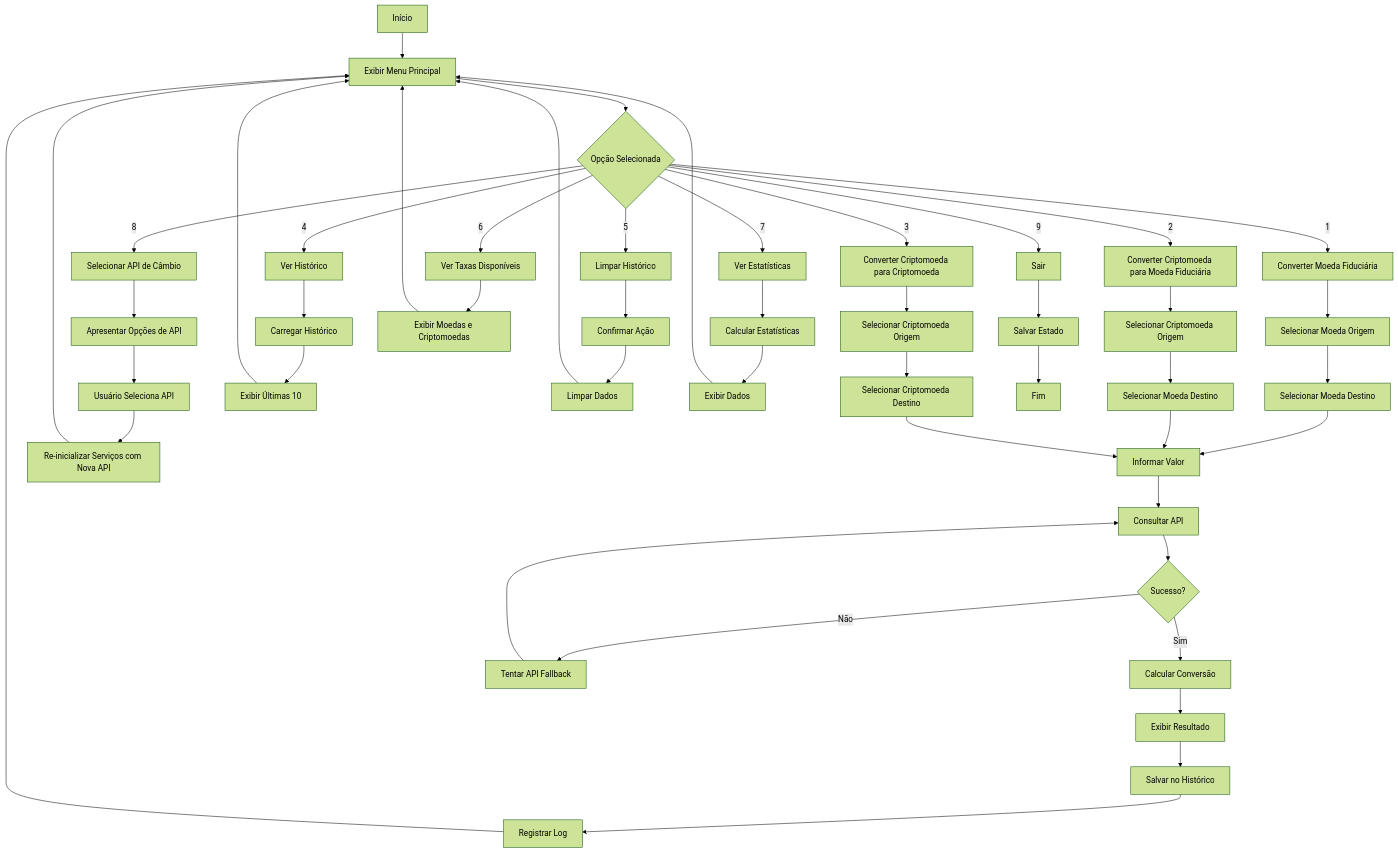
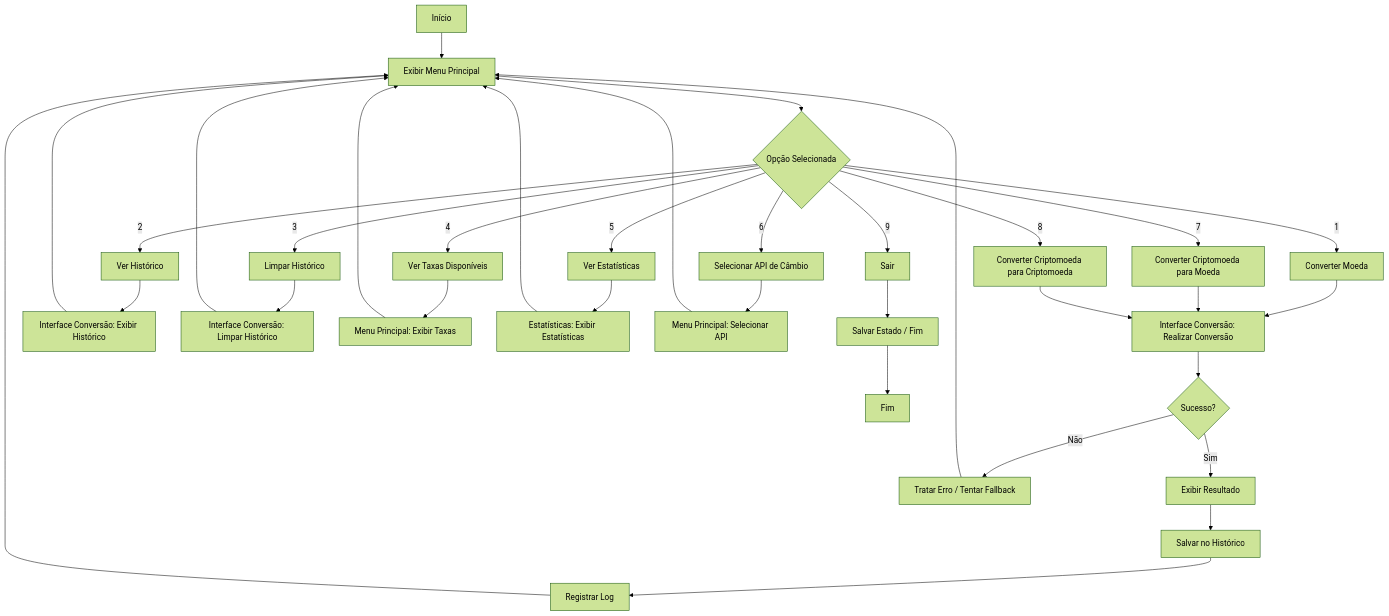
Before and after one commit to DessimA/Conversor-de-Moedas: the first of 3 diagrams in README.md, drawn with Mermaid (forest theme). The commit also changed other lines of this file and 21 other files, not shown here.

````diff
--- a/README.md
+++ b/README.md
@@ -44,58 +41,43 @@
 ```mermaid
 flowchart TD
     A[Início] --> B[Exibir Menu Principal]
     B --> C{Opção Selecionada}
-    C -->|1| D[Converter Moeda Fiduciária]
-    C -->|2| E[Converter Criptomoeda para Moeda Fiduciária]
-    C -->|3| F[Converter Criptomoeda para Criptomoeda]
-    C -->|4| G[Ver Histórico]
-    C -->|5| H[Limpar Histórico]
-    C -->|6| I[Ver Taxas Disponíveis]
-    C -->|7| J[Ver Estatísticas]
-    C -->|8| K[Selecionar API de Câmbio]
+    C -->|1| D[Converter Moeda]
+    C -->|2| E[Ver Histórico]
+    C -->|3| F[Limpar Histórico]
+    C -->|4| G[Ver Taxas Disponíveis]
+    C -->|5| H[Ver Estatísticas]
+    C -->|6| I[Selecionar API de Câmbio]
+    C -->|7| J[Converter Criptomoeda para Moeda]
+    C -->|8| K[Converter Criptomoeda para Criptomoeda]
     C -->|9| L[Sair]
-
-    D --> M[Selecionar Moeda Origem]
-    M --> N[Selecionar Moeda Destino]
-    N --> O[Informar Valor]
-    O --> P[Consultar API]
-    P --> Q{Sucesso?}
-    Q -->|Sim| R[Calcular Conversão]
-    Q -->|Não| S[Tentar API Fallback]
-    S --> P
-    R --> T[Exibir Resultado]
-    T --> U[Salvar no Histórico]
-    U --> V[Registrar Log]
+    
+    D --> M[Interface Conversão: Realizar Conversão]
+    J --> M
+    K --> M
+    M --> N{Sucesso?}
+    N -->|Sim| O[Exibir Resultado]
+    N -->|Não| P[Tratar Erro / Tentar Fallback]
+    O --> Q[Salvar no Histórico]
+    Q --> R[Registrar Log]
+    R --> B
+    P --> B
+    
+    E --> S[Interface Conversão: Exibir Histórico]
+    S --> B
+    
+    F --> T[Interface Conversão: Limpar Histórico]
+    T --> B
+    
+    G --> U[Menu Principal: Exibir Taxas]
+    U --> B
+    
+    H --> V[Estatísticas: Exibir Estatísticas]
     V --> B
-
-    E --> W[Selecionar Criptomoeda Origem]
-    W --> X[Selecionar Moeda Destino]
-    X --> O
-
-    F --> Y[Selecionar Criptomoeda Origem]
-    Y --> Z[Selecionar Criptomoeda Destino]
-    Z --> O
-
-    G --> AA[Carregar Histórico]
-    AA --> BB[Exibir Últimas 10]
-    BB --> B
     
-    H --> CC[Confirmar Ação]
-    CC --> DD[Limpar Dados]
-    DD --> B
+    I --> W[Menu Principal: Selecionar API]
+    W --> B
     
-    I --> EE[Exibir Moedas e Criptomoedas]
-    EE --> B
-    
-    J --> FF[Calcular Estatísticas]
-    FF --> GG[Exibir Dados]
-    GG --> B
-    
-    K --> HH[Apresentar Opções de API]
-    HH --> II[Usuário Seleciona API]
-    II --> JJ[Re-inicializar Serviços com Nova API]
-    JJ --> B
-    
-    L --> KK[Salvar Estado]
-    KK --> LL[Fim]
+    L --> X[Salvar Estado / Fim]
+    X --> Y[Fim]
 ```
````
